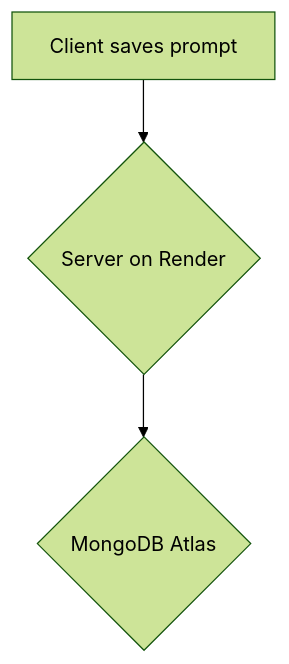
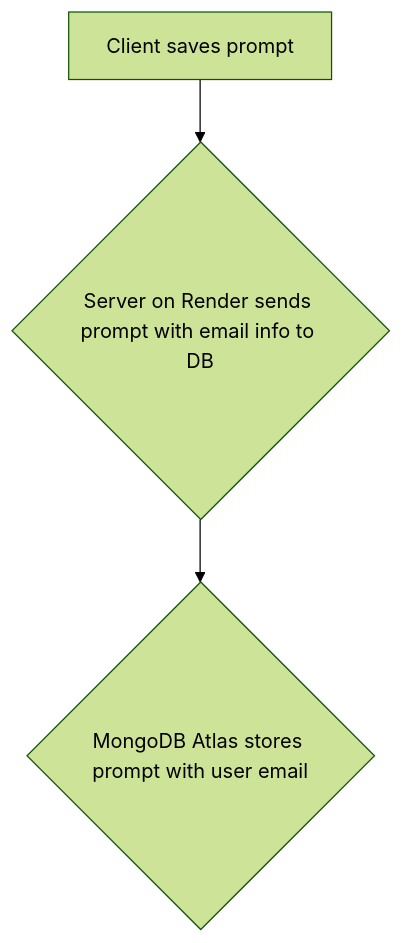
Before and after one commit to Full-Stack-Fluency/OpenImg-FrontEnd: the first of 2 diagrams in README.md, drawn with Mermaid (forest theme). The commit also changed other lines of this file, not shown here.

````diff
--- a/README.md
+++ b/README.md
@@ -13,5 +16,5 @@
 ```mermaid
 flowchart TD
-    A[Client saves prompt] --> B{Server on Render};
-    B --> C{MongoDB Atlas};
+    A[Client saves prompt] --> B{Server on Render sends prompt with email info to DB};
+    B --> C{MongoDB Atlas stores prompt with user email};
 ```
````
